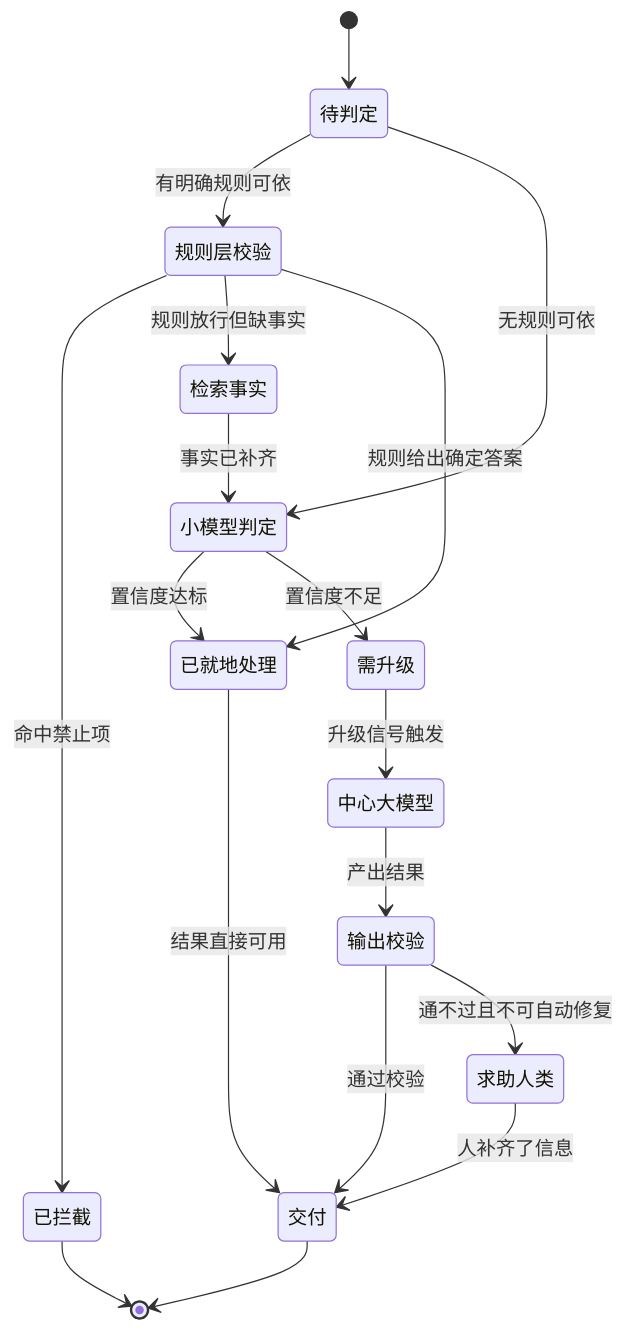
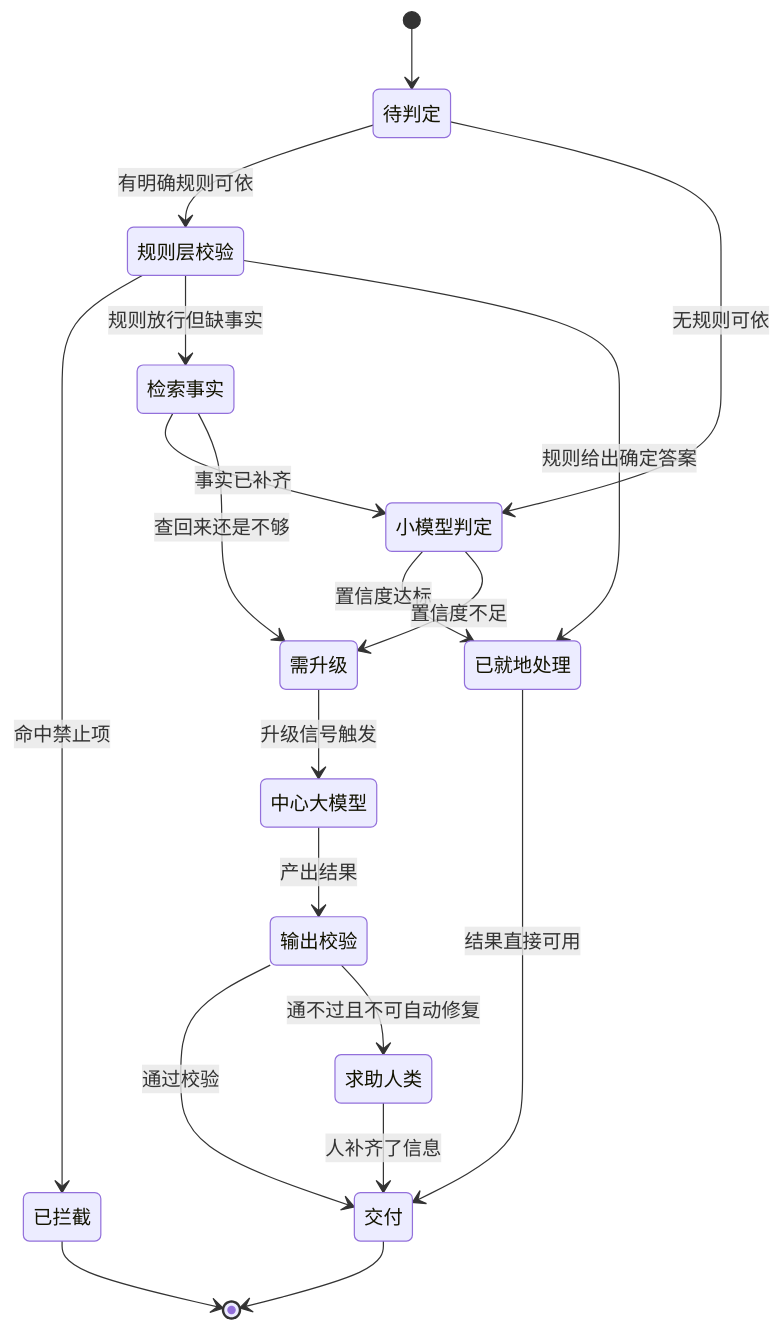
The second of 2 diagrams in part-3-agent原理/ch15-混合系统.md (Laughingtt/agentkit), drawn with Mermaid before and after one commit. The commit also changed other lines of this file and 5 other files, not shown here.

````diff
--- a/part-3-agent原理/ch15-混合系统.md
+++ b/part-3-agent原理/ch15-混合系统.md
@@ -217,20 +217,21 @@
 ```mermaid
 stateDiagram-v2
     [*] --> 待判定
     待判定 --> 规则层校验 : 有明确规则可依
     待判定 --> 小模型判定 : 无规则可依
     规则层校验 --> 已拦截 : 命中禁止项
     规则层校验 --> 检索事实 : 规则放行但缺事实
     规则层校验 --> 已就地处理 : 规则给出确定答案
     检索事实 --> 小模型判定 : 事实已补齐
+    检索事实 --> 需升级 : 查回来还是不够
     小模型判定 --> 已就地处理 : 置信度达标
     小模型判定 --> 需升级 : 置信度不足
     需升级 --> 中心大模型 : 升级信号触发
     中心大模型 --> 输出校验 : 产出结果
     输出校验 --> 交付 : 通过校验
     输出校验 --> 求助人类 : 通不过且不可自动修复
     已就地处理 --> 交付 : 结果直接可用
     求助人类 --> 交付 : 人补齐了信息
     已拦截 --> [*]
     交付 --> [*]
 ```
````
